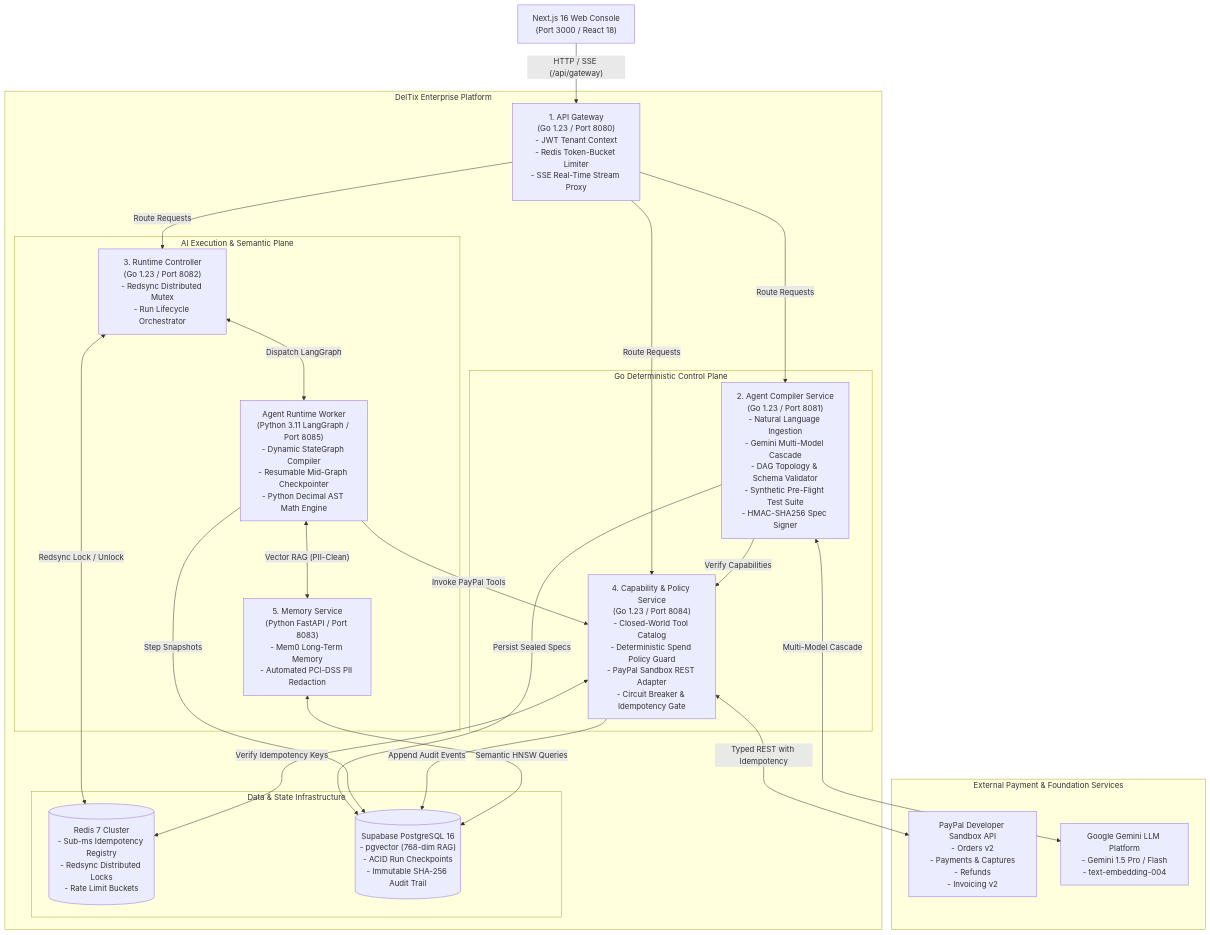
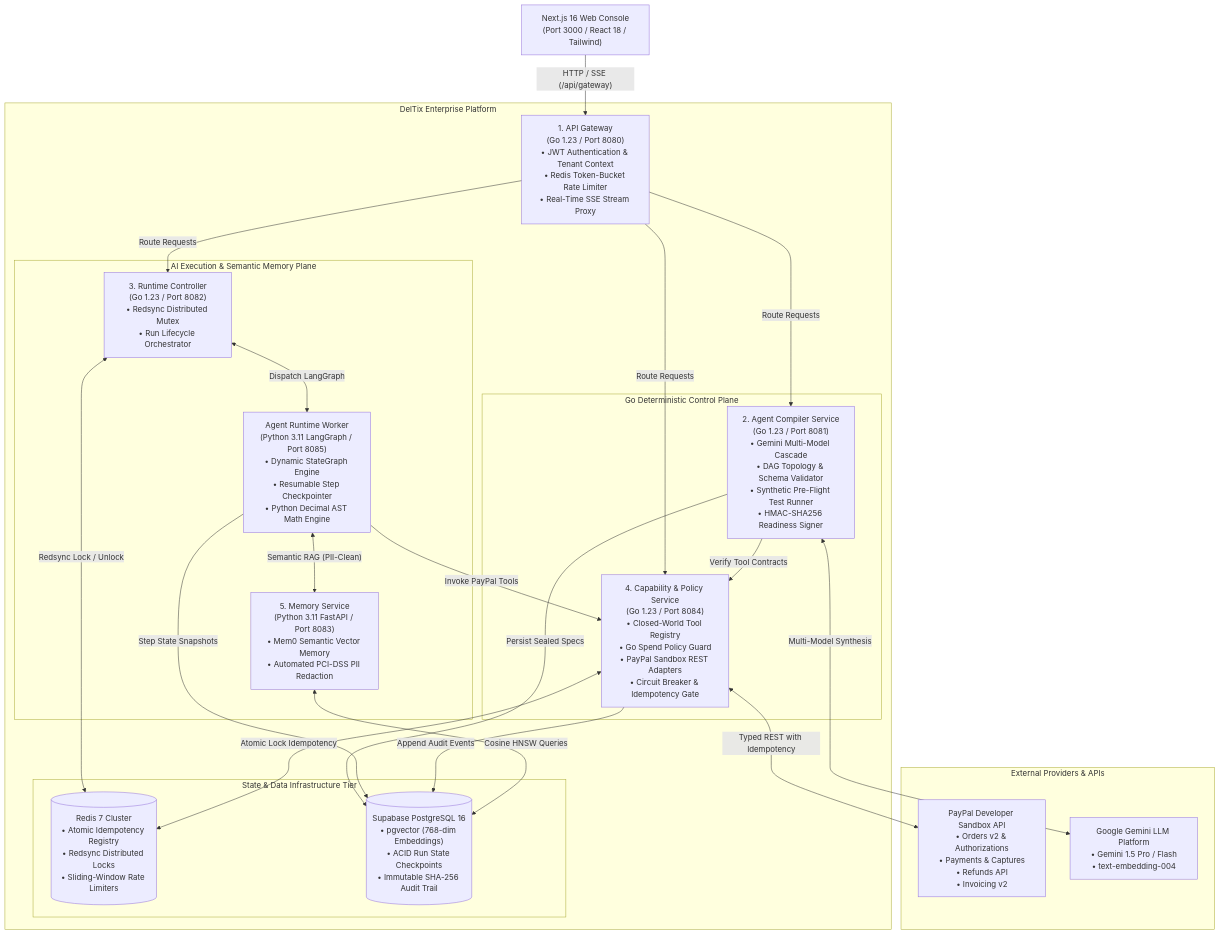
The first of 3 diagrams in README.md (Kavisharora12/DelTix), drawn with Mermaid before and after one commit. The commit also changed other lines of this file, not shown here.

Commit message:
docs: level up README with visual architecture diagrams, judging matrix, and production artifacts

````diff
--- a/README.md
+++ b/README.md
@@ -149,49 +164,49 @@
 ```mermaid
 flowchart TB
-    Client["Next.js 16 Web Console\n(Port 3000 / React 18)"]
+    Client["Next.js 16 Web Console\n(Port 3000 / React 18 / Tailwind)"]
 
-    subgraph DelTixEcosystem["DelTix Enterprise Platform"]
-        Gateway["1. API Gateway\n(Go 1.23 / Port 8080)\n- JWT Tenant Context\n- Redis Token-Bucket Limiter\n- SSE Real-Time Stream Proxy"]
+    subgraph DelTixPlatform["DelTix Enterprise Platform"]
+        Gateway["1. API Gateway\n(Go 1.23 / Port 8080)\n• JWT Authentication & Tenant Context\n• Redis Token-Bucket Rate Limiter\n• Real-Time SSE Stream Proxy"]
 
-        subgraph ControlPlane["Go Deterministic Control Plane"]
-            Compiler["2. Agent Compiler Service\n(Go 1.23 / Port 8081)\n- Natural Language Ingestion\n- Gemini Multi-Model Cascade\n- DAG Topology & Schema Validator\n- Synthetic Pre-Flight Test Suite\n- HMAC-SHA256 Spec Signer"]
-            PolicySvc["4. Capability & Policy Service\n(Go 1.23 / Port 8084)\n- Closed-World Tool Catalog\n- Deterministic Spend Policy Guard\n- PayPal Sandbox REST Adapter\n- Circuit Breaker & Idempotency Gate"]
+        subgraph GoControlPlane["Go Deterministic Control Plane"]
+            Compiler["2. Agent Compiler Service\n(Go 1.23 / Port 8081)\n• Gemini Multi-Model Cascade\n• DAG Topology & Schema Validator\n• Synthetic Pre-Flight Test Runner\n• HMAC-SHA256 Readiness Signer"]
+            PolicySvc["4. Capability & Policy Service\n(Go 1.23 / Port 8084)\n• Closed-World Tool Registry\n• Go Spend Policy Guard\n• PayPal Sandbox REST Adapters\n• Circuit Breaker & Idempotency Gate"]
         end
 
-        subgraph AIPlane["AI Execution & Semantic Plane"]
-            RuntimeCtrl["3. Runtime Controller\n(Go 1.23 / Port 8082)\n- Redsync Distributed Mutex\n- Run Lifecycle Orchestrator"]
-            RuntimeWorker["Agent Runtime Worker\n(Python 3.11 LangGraph / Port 8085)\n- Dynamic StateGraph Compiler\n- Resumable Mid-Graph Checkpointer\n- Python Decimal AST Math Engine"]
-            MemorySvc["5. Memory Service\n(Python FastAPI / Port 8083)\n- Mem0 Long-Term Memory\n- Automated PCI-DSS PII Redaction"]
+        subgraph AIPlane["AI Execution & Semantic Memory Plane"]
+            RuntimeCtrl["3. Runtime Controller\n(Go 1.23 / Port 8082)\n• Redsync Distributed Mutex\n• Run Lifecycle Orchestrator"]
+            RuntimeWorker["Agent Runtime Worker\n(Python 3.11 LangGraph / Port 8085)\n• Dynamic StateGraph Engine\n• Resumable Step Checkpointer\n• Python Decimal AST Math Engine"]
+            MemorySvc["5. Memory Service\n(Python 3.11 FastAPI / Port 8083)\n• Mem0 Semantic Vector Memory\n• Automated PCI-DSS PII Redaction"]
         end
 
-        subgraph StorageLayer["Data & State Infrastructure"]
-            RedisCache[("Redis 7 Cluster\n- Sub-ms Idempotency Registry\n- Redsync Distributed Locks\n- Rate Limit Buckets")]
-            PostgresDB[("Supabase PostgreSQL 16\n- pgvector (768-dim RAG)\n- ACID Run Checkpoints\n- Immutable SHA-256 Audit Trail")]
+        subgraph StorageTier["State & Data Infrastructure Tier"]
+            RedisCache[("Redis 7 Cluster\n• Atomic Idempotency Registry\n• Redsync Distributed Locks\n• Sliding-Window Rate Limiters")]
+            PostgresDB[("Supabase PostgreSQL 16\n• pgvector (768-dim Embeddings)\n• ACID Run State Checkpoints\n• Immutable SHA-256 Audit Trail")]
         end
     end
 
-    subgraph ExternalServices["External Payment & Foundation Services"]
-        PayPalAPI["PayPal Developer Sandbox API\n- Orders v2\n- Payments & Captures\n- Refunds\n- Invoicing v2"]
-        GeminiAPI["Google Gemini LLM Platform\n- Gemini 1.5 Pro / Flash\n- text-embedding-004"]
+    subgraph ExternalEcosystem["External Providers & APIs"]
+        PayPalAPI["PayPal Developer Sandbox API\n• Orders v2 & Authorizations\n• Payments & Captures\n• Refunds API\n• Invoicing v2"]
+        GeminiAPI["Google Gemini LLM Platform\n• Gemini 1.5 Pro / Flash\n• text-embedding-004"]
     end
 
     Client -->|"HTTP / SSE (/api/gateway)"| Gateway
     Gateway -->|"Route Requests"| Compiler
     Gateway -->|"Route Requests"| RuntimeCtrl
     Gateway -->|"Route Requests"| PolicySvc
 
-    Compiler <-->|"Multi-Model Cascade"| GeminiAPI
-    Compiler -->|"Verify Capabilities"| PolicySvc
+    Compiler <-->|"Multi-Model Synthesis"| GeminiAPI
+    Compiler -->|"Verify Tool Contracts"| PolicySvc
     Compiler -->|"Persist Sealed Specs"| PostgresDB
 
     RuntimeCtrl <-->|"Redsync Lock / Unlock"| RedisCache
     RuntimeCtrl <-->|"Dispatch LangGraph"| RuntimeWorker
-    RuntimeWorker <-->|"Vector RAG (PII-Clean)"| MemorySvc
-    RuntimeWorker -->|"Step Snapshots"| PostgresDB
+    RuntimeWorker <-->|"Semantic RAG (PII-Clean)"| MemorySvc
+    RuntimeWorker -->|"Step State Snapshots"| PostgresDB
     RuntimeWorker -->|"Invoke PayPal Tools"| PolicySvc
 
-    PolicySvc <-->|"Verify Idempotency Keys"| RedisCache
+    PolicySvc <-->|"Atomic Lock Idempotency"| RedisCache
     PolicySvc <-->|"Typed REST with Idempotency"| PayPalAPI
     PolicySvc -->|"Append Audit Events"| PostgresDB
-    MemorySvc <-->|"Semantic HNSW Queries"| PostgresDB
+    MemorySvc <-->|"Cosine HNSW Queries"| PostgresDB
 ```
````
